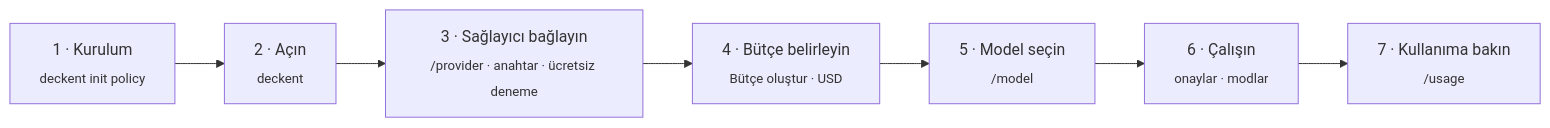
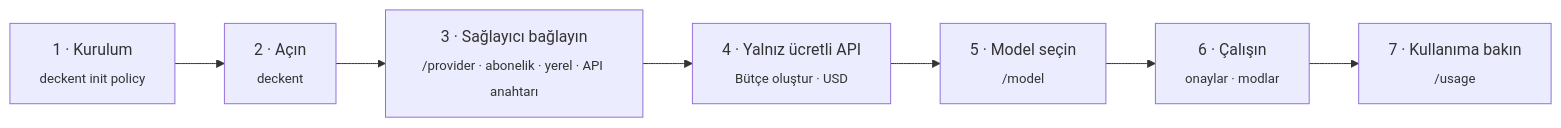
One commit to Verhex/deckent-next changed the third of 6 diagrams in README.tr.md. Above: the diagram before and after it, drawn with Mermaid. The commit also changed other lines of this file and 10 other files, not shown here.

First line of the commit message:
docs: README, PLAN, ARCHITECTURE and guides follow the beta.1 candidate; three prerequisites, the security scan cadence and the beta.2 inbox are in PLAN (B1-DOCS-FIX-ROOT)

````diff
--- a/README.tr.md
+++ b/README.tr.md
@@ -180,9 +181,9 @@
 ```mermaid
 flowchart LR
   I["1 · Kurulum<br/><sub>deckent init policy</sub>"] --> O["2 · Açın<br/><sub>deckent</sub>"]
-  O --> P["3 · Sağlayıcı bağlayın<br/><sub>/provider · anahtar · ücretsiz deneme</sub>"]
-  P --> B["4 · Bütçe belirleyin<br/><sub>Bütçe oluştur · USD</sub>"]
+  O --> P["3 · Sağlayıcı bağlayın<br/><sub>/provider · abonelik · yerel · API anahtarı</sub>"]
+  P --> B["4 · Yalnız ücretli API<br/><sub>Bütçe oluştur · USD</sub>"]
   B --> M["5 · Model seçin<br/><sub>/model</sub>"]
   M --> W["6 · Çalışın<br/><sub>onaylar · modlar</sub>"]
   W --> U["7 · Kullanıma bakın<br/><sub>/usage</sub>"]
 ```
````
